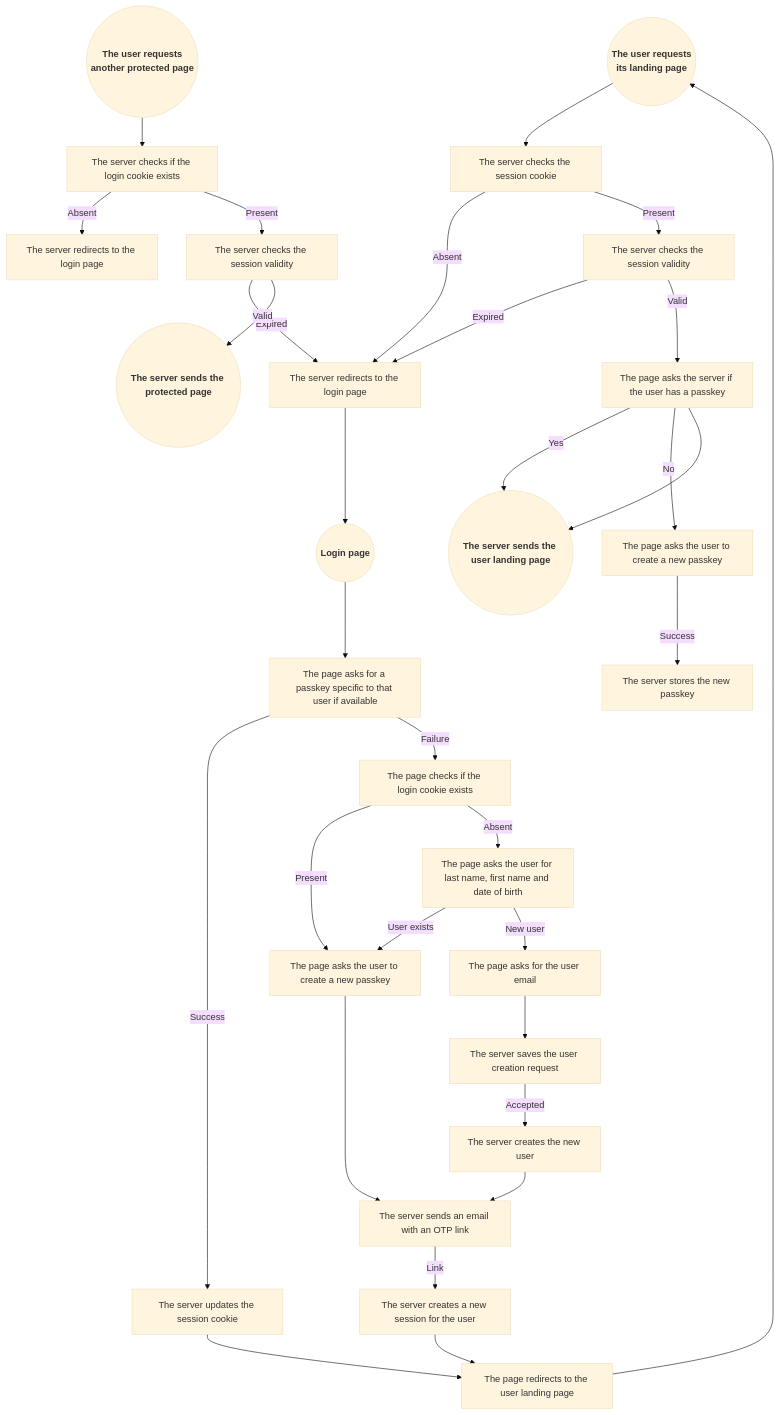
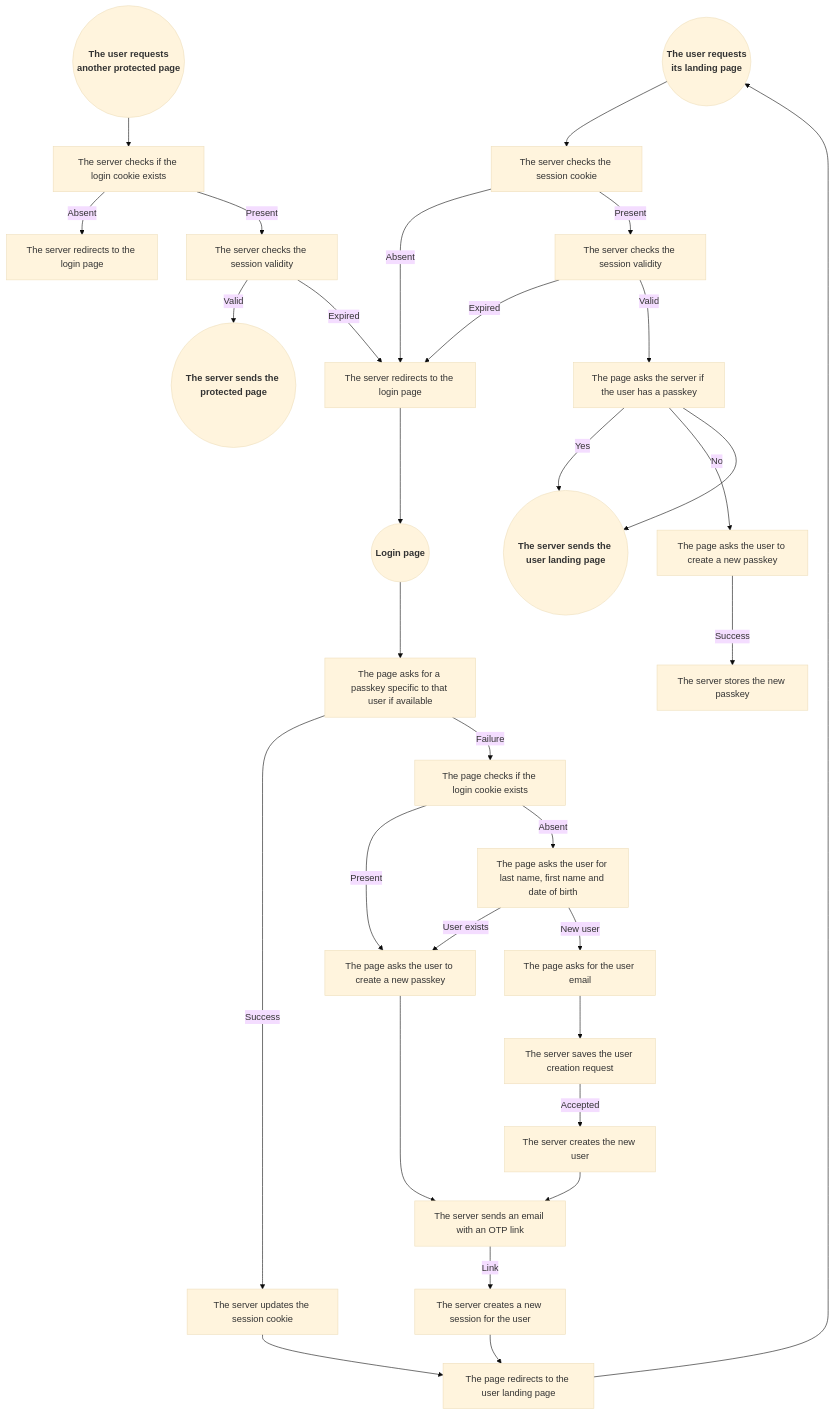
The diagram in README.md (programingjd/tiered_server), drawn with Mermaid (base theme) before and after one commit. The commit also changed other lines of this file, not shown here.

````diff
--- a/README.md
+++ b/README.md
@@ -123,40 +123,40 @@
 ```mermaid
 graph TD;
   UserLandingPageRequest(("<b>The user requests<br>its landing page</b>"))
   ProtectedPageRequest(("<b>The user requests<br>another protected page</b>"))
   LoginPageRequest(("<b>Login page</b>"))
   
   ProtectedPageRequest-->QueryCookie1[The server checks if the login cookie exists]
   QueryCookie1-->|Absent|LoginPageRedirect1[The server redirects to the login page]
   QueryCookie1-->|Present|CheckSessionValidity1[The server checks the session validity]
+  CheckSessionValidity1-->|Valid|ProtectedPageResponse(("<b>The server sends the protected page<b>"))
   CheckSessionValidity1-->|Expired|LoginPageRedirect
-  CheckSessionValidity1-->|Valid|ProtectedPageResponse(("<b>The server sends the protected page<b>"))
 
   UserLandingPageRequest-->QueryCookie2[The server checks the session cookie]
   QueryCookie2--Absent-->LoginPageRedirect[The server redirects to the login page]
   QueryCookie2--Present-->CheckSessionValidity2[The server checks the session validity]
   CheckSessionValidity2-->|Expired|LoginPageRedirect
   CheckSessionValidity2-->|Valid|QueryExistingPasskey2[The page asks the server if the user has a passkey]
   QueryExistingPasskey2-->|Yes|UserLandingPageResponse(("<b>The server sends the user landing page<b>"))
   QueryExistingPasskey2-->|No|NewPasskeyPrompt2[The page asks the user to create a new passkey]
   NewPasskeyPrompt2-->|Success|NewPasskeyStore2[The server stores the new passkey]
   QueryExistingPasskey2-->UserLandingPageResponse
 
   LoginPageRequest-->QueryPasskey[The page asks for a passkey specific to that user if available]
   QueryPasskey-->|Success|SessionCookieUpdate[The server updates the session cookie]
   SessionCookieUpdate-->UserLandingPageRedirect[The page redirects to the user landing page]
   QueryPasskey-->|Failure|QueryCookie3[The page checks if the login cookie exists]
   QueryCookie3-->|Present|NewPasskeyPrompt3[The page asks the user to create a new passkey]
   QueryCookie3-->|Absent|UserForm[The page asks the user for last name, first name and date of birth]
   UserForm-->|User exists|NewPasskeyPrompt3
   NewPasskeyPrompt3-->EmailOTP[The server sends an email with an OTP link]
   EmailOTP-->|Link|NewSession[The server creates a new session for the user]
   NewSession-->UserLandingPageRedirect
   UserForm-->|New user|NewUser[The page asks for the user email]
   NewUser-->UserModeration[The server saves the user creation request]
   UserModeration-->|Accepted|UserCreation[The server creates the new user]
   UserCreation-->EmailOTP
   
   UserLandingPageRedirect-->UserLandingPageRequest
   LoginPageRedirect-->LoginPageRequest
 ```
````
